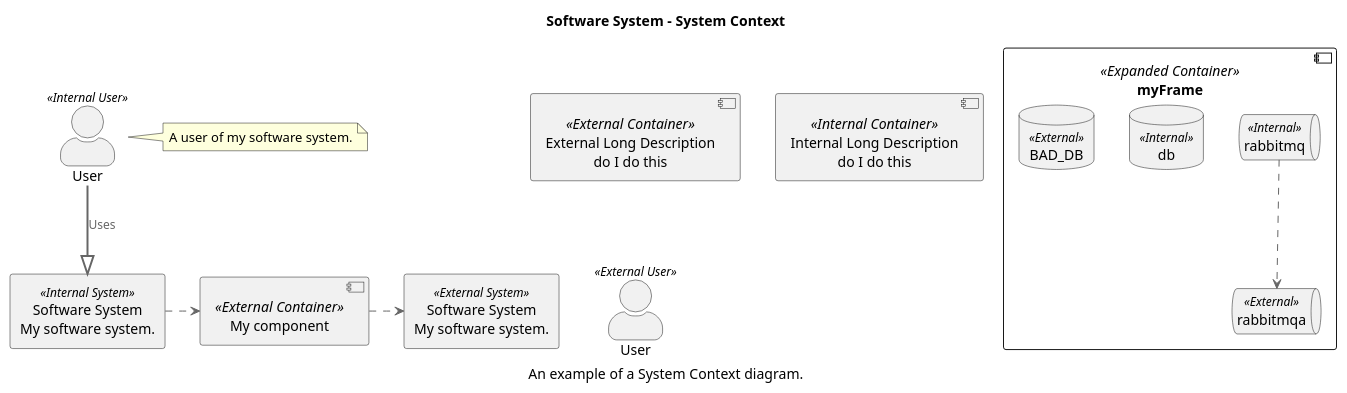
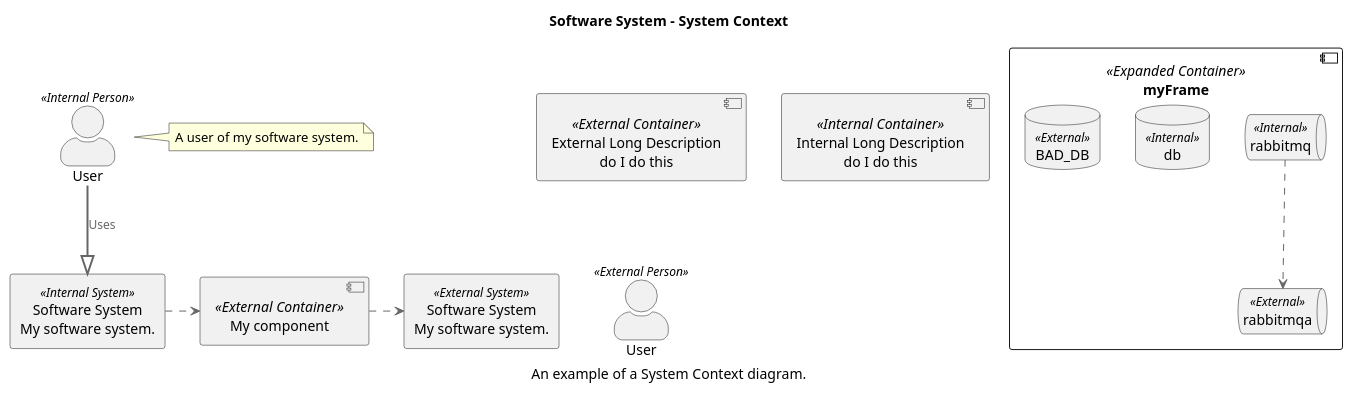
Before and after one commit to skleanthous/C4-PlantumlSkin: the diagram in sample/test.puml, drawn with PlantUML. The commit also changed 14 other files, not shown here.

```diff
--- a/sample/test.puml
+++ b/sample/test.puml
@@ -1,49 +1,49 @@
 @startuml
 !includeurl https://raw.githubusercontent.com/skleanthous/C4-PlantumlSkin/master/build/output/c4.puml
 
 title Software System - System Context
 caption An example of a System Context diagram.
 
 component myFrame<<Expanded Container>> {
     queue rabbitmq <<Internal>>
     queue rabbitmqa <<External>>
 
 
     rabbitmq ..> rabbitmqa
     database db <<Internal>>
     database BAD_DB <<External>>
 }
 
 rectangle 2 <<Internal System>> [
 Software System
 My software system.
 ]
 
 rectangle 4 <<External System>> [
 Software System
 My software system.
 ]
 
 component [My component] <<External Container>> as 3
 
 component testingLong <<External Container>> [
   External Long Description
   do I do this
 ]
 
 component testingLongInternal <<Internal Container>> [
   Internal Long Description
   do I do this
 ]
 
-actor "User" <<Internal User>> as 1
-actor "User" <<External User>>
+actor "User" <<Internal Person>> as 1
+actor "User" <<External Person>>
 note right of 1
   A user of my software system.
 end note
 1 ==|> 2 : Uses
 
 2 .right.> 3
 3 .right.> 4
 
 @enduml
```
